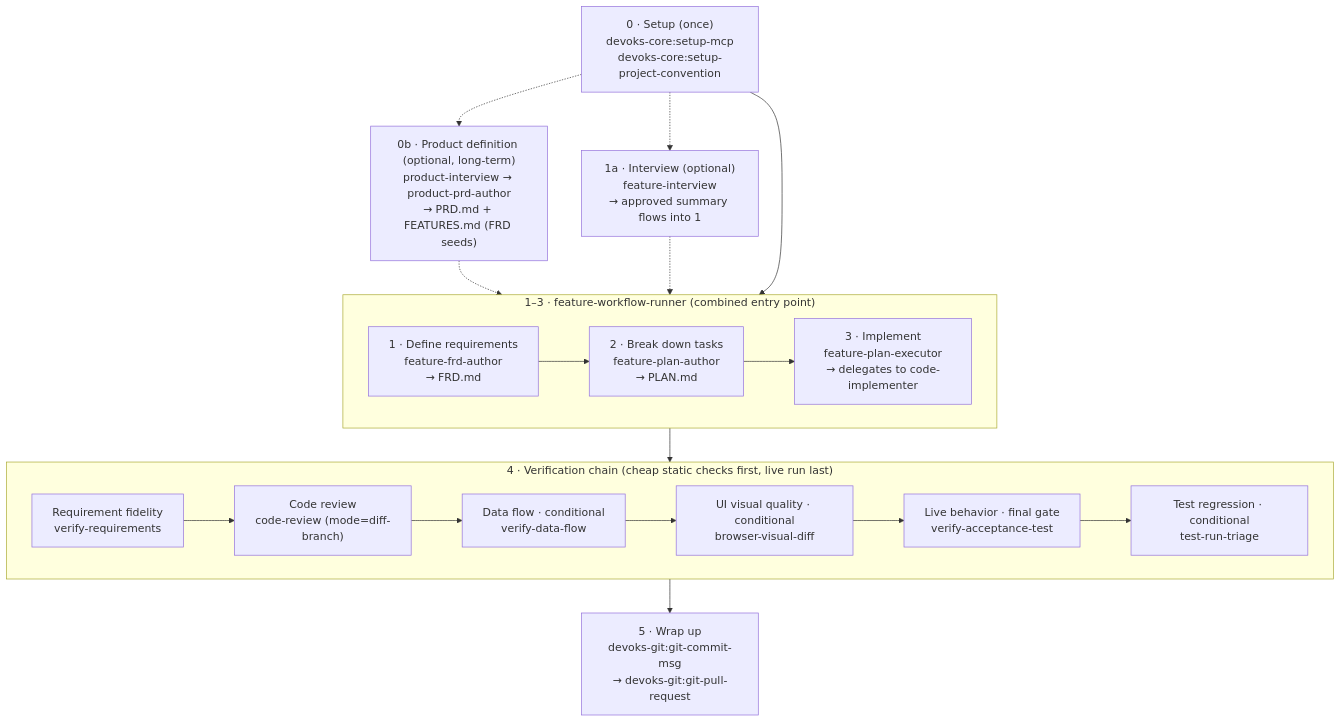
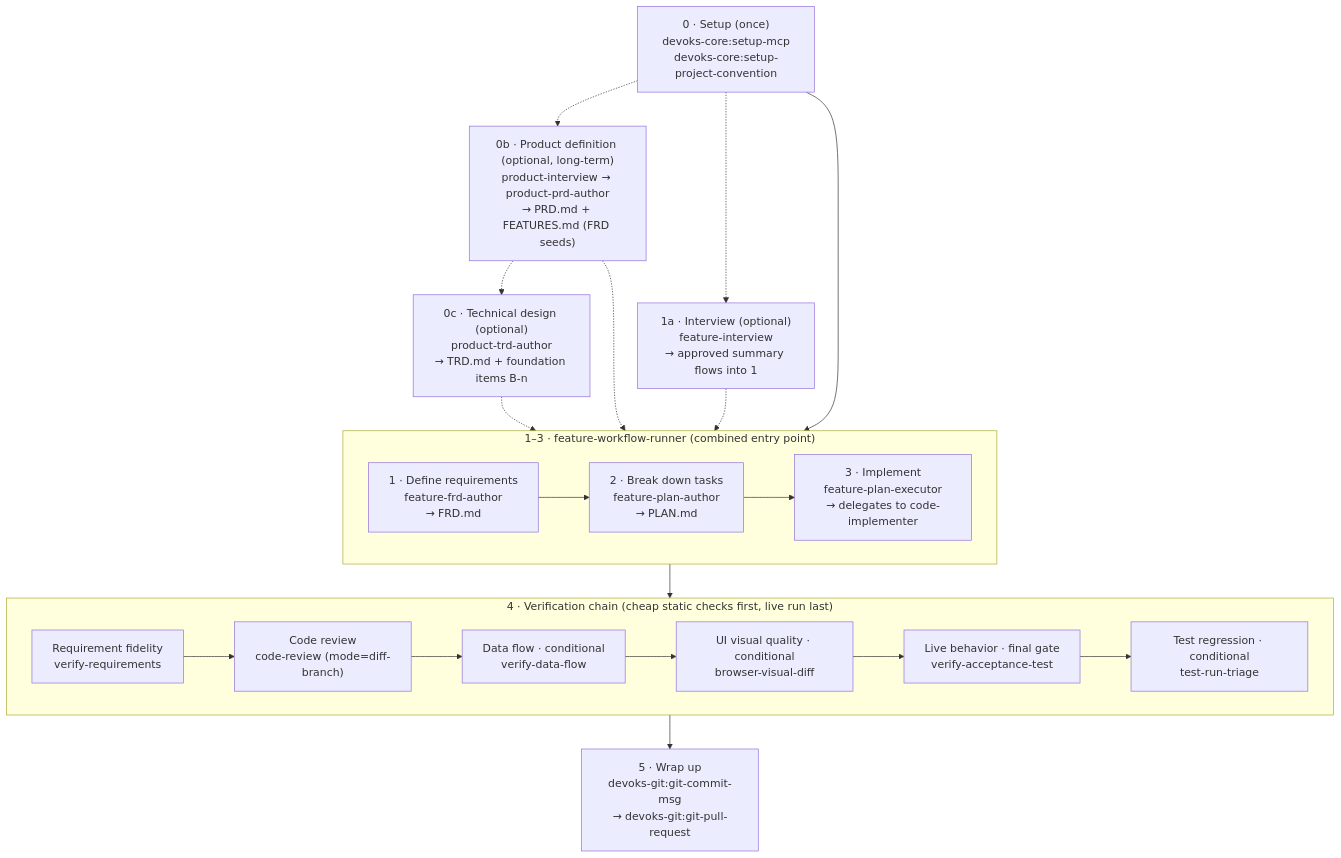
One commit to ridsync/devoks-team-harness changed the diagram in README.md. Above: the diagram before and after it, drawn with Mermaid. The commit also changed other lines of this file and 21 other files, not shown here.

First line of the commit message:
feat(devoks-sdlc): 제품 TRD·기술 구조 스킬 product-trd-author 신설

````diff
--- a/README.md
+++ b/README.md
@@ -108,37 +108,41 @@
 ```mermaid
 flowchart TD
     S["0 · Setup (once)<br/>devoks-core:setup-mcp<br/>devoks-core:setup-project-convention"]
 
     PRD["0b · Product definition (optional, long-term)<br/>product-interview → product-prd-author<br/>→ PRD.md + FEATURES.md (FRD seeds)"]
+
+    TRD["0c · Technical design (optional)<br/>product-trd-author<br/>→ TRD.md + foundation items B-n"]
 
     D["1a · Interview (optional)<br/>feature-interview<br/>→ approved summary flows into 1"]
 
     subgraph BUILD["1–3 · feature-workflow-runner (combined entry point)"]
         direction LR
         F["1 · Define requirements<br/>feature-frd-author<br/>→ FRD.md"]
         P["2 · Break down tasks<br/>feature-plan-author<br/>→ PLAN.md"]
         I["3 · Implement<br/>feature-plan-executor<br/>→ delegates to code-implementer"]
         F --> P --> I
     end
 
     subgraph VERIFY["4 · Verification chain (cheap static checks first, live run last)"]
         direction LR
         V1["Requirement fidelity<br/>verify-requirements"]
         V2["Code review<br/>code-review (mode=diff-branch)"]
         V3["Data flow · conditional<br/>verify-data-flow"]
         V4["UI visual quality · conditional<br/>browser-visual-diff"]
         V5["Live behavior · final gate<br/>verify-acceptance-test"]
         V6["Test regression · conditional<br/>test-run-triage"]
         V1 --> V2 --> V3 --> V4 --> V5 --> V6
     end
 
     C["5 · Wrap up<br/>devoks-git:git-commit-msg<br/>→ devoks-git:git-pull-request"]
 
     S --> BUILD
     S -.-> PRD
+    PRD -.-> TRD
+    TRD -.-> F
     PRD -.-> F
     S -.-> D
     D -.-> F
     BUILD --> VERIFY
     VERIFY --> C
 ```
````
